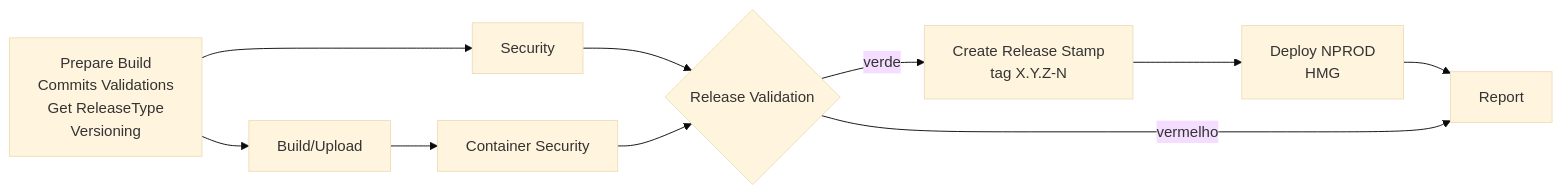
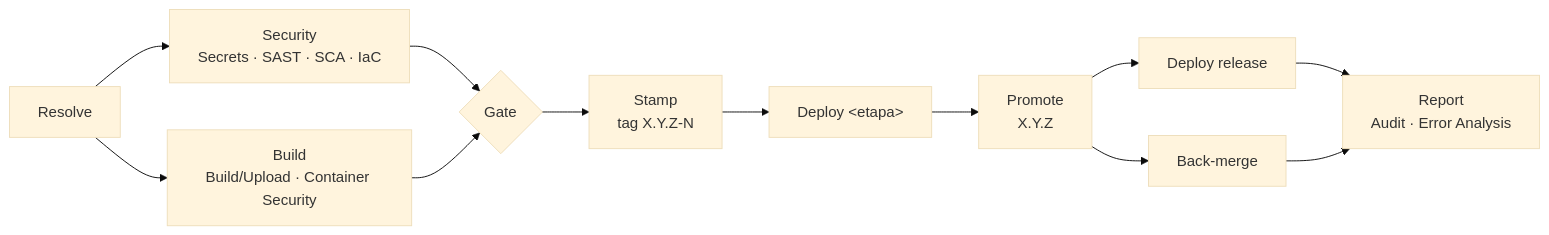
The diagram in docs/03-pipelines.md (diogorochaaraujo/gitflow-devsecops-pipeline), drawn with Mermaid (base theme) before and after one commit. The commit also changed other lines of this file and 75 other files, not shown here.

````diff
--- a/docs/03-pipelines.md
+++ b/docs/03-pipelines.md
@@ -37,10 +6,11 @@
 ```mermaid
 flowchart LR
-  P["Prepare Build<br/>Commits Validations<br/>Get ReleaseType<br/>Versioning"] --> SEC[Security] & B[Build/Upload]
-  B --> CS[Container Security]
-  SEC & CS --> RV{Release Validation}
-  RV -->|verde| ST["Create Release Stamp<br/>tag X.Y.Z-N"]
-  ST --> D[Deploy NPROD<br/>HMG]
-  D --> R[Report]
-  RV -->|vermelho| R
+  R["Resolve"] --> S["Security<br/>Secrets · SAST · SCA · IaC"]
+  R --> B["Build<br/>Build/Upload · Container Security"]
+  S & B --> G{"Gate"}
+  G --> ST["Stamp<br/>tag X.Y.Z-N"]
+  ST --> D1["Deploy &lt;etapa&gt;"]
+  D1 --> P["Promote<br/>X.Y.Z"]
+  P --> D2["Deploy release"] & BM["Back-merge"]
+  D2 & BM --> REP["Report<br/>Audit · Error Analysis"]
 ```
````
